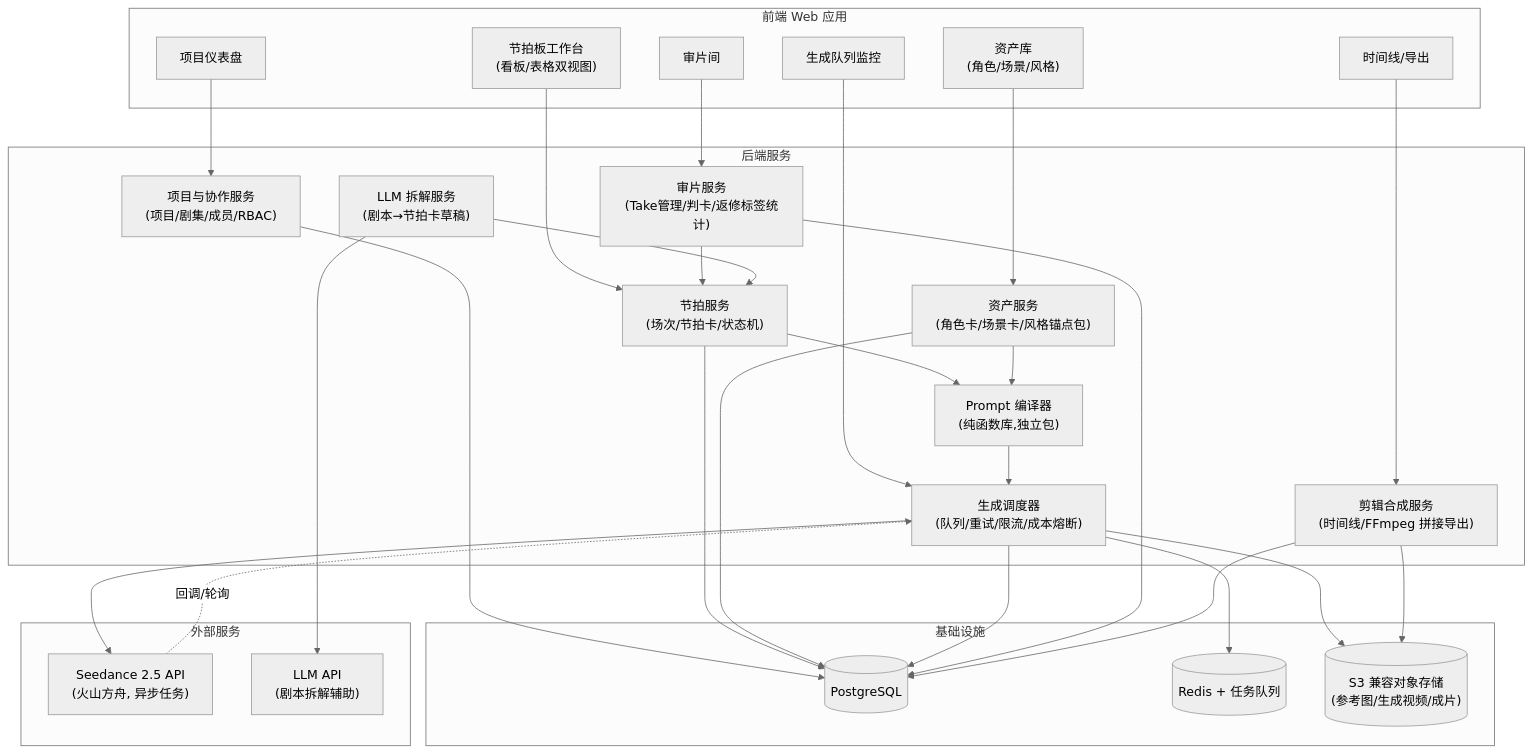
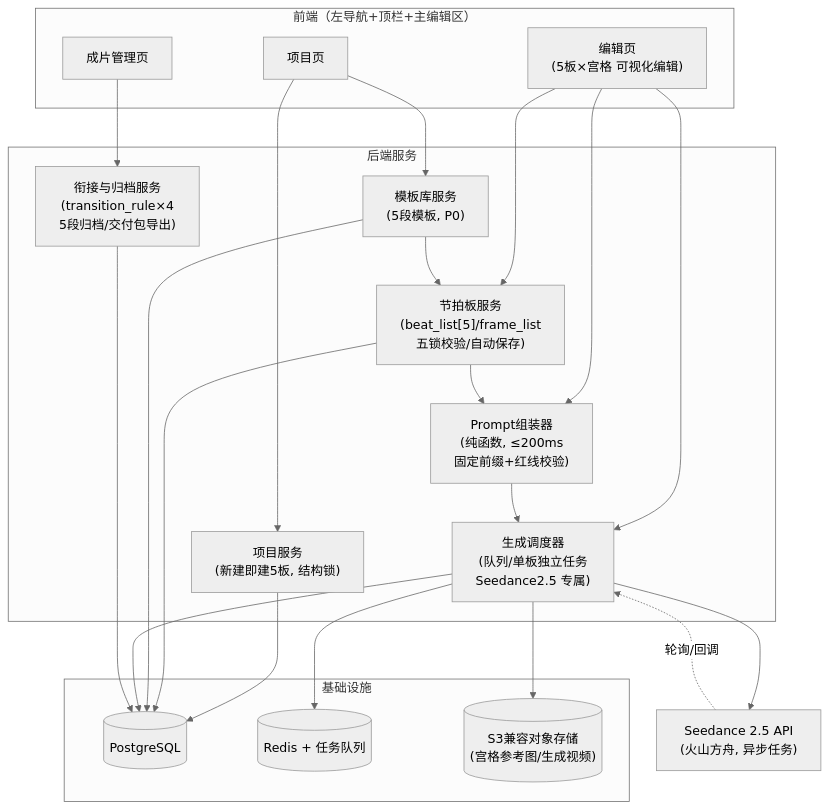
Before and after one commit to Dawan2/jiepaiban: the first of 2 diagrams in docs/architecture/00-product-architecture.md, drawn with Mermaid (neutral theme). The commit also changed other lines of this file, not shown here.

Commit message:
docs(architecture): 按源稿红线修订架构文档 v1（固定5板/宫格/五锁/组间人工衔接）

````diff
--- a/docs/architecture/00-product-architecture.md
+++ b/docs/architecture/00-product-architecture.md
@@ -133,52 +126,40 @@
 ```mermaid
 flowchart TB
-    subgraph Client["前端 Web 应用"]
-        UI1["项目仪表盘"]
-        UI2["节拍板工作台<br/>(看板/表格双视图)"]
-        UI3["资产库<br/>(角色/场景/风格)"]
-        UI4["生成队列监控"]
-        UI5["审片间"]
-        UI6["时间线/导出"]
+    subgraph Client["前端（左导航+顶栏+主编辑区）"]
+        UI1["项目页"]
+        UI2["编辑页<br/>(5板×宫格 可视化编辑)"]
+        UI3["成片管理页"]
     end
 
     subgraph Server["后端服务"]
-        S1["项目与协作服务<br/>(项目/剧集/成员/RBAC)"]
-        S2["节拍服务<br/>(场次/节拍卡/状态机)"]
-        S3["资产服务<br/>(角色卡/场景卡/风格锚点包)"]
-        S4["Prompt 编译器<br/>(纯函数库,独立包)"]
-        S5["生成调度器<br/>(队列/重试/限流/成本熔断)"]
-        S6["审片服务<br/>(Take管理/判卡/返修标签统计)"]
-        S7["剪辑合成服务<br/>(时间线/FFmpeg 拼接导出)"]
-        S8["LLM 拆解服务<br/>(剧本→节拍卡草稿)"]
+        S1["项目服务<br/>(新建即建5板, 结构锁)"]
+        S2["节拍板服务<br/>(beat_list[5]/frame_list<br/>五锁校验/自动保存)"]
+        S3["模板库服务<br/>(5段模板, P0)"]
+        S4["Prompt组装器<br/>(纯函数, ≤200ms<br/>固定前缀+红线校验)"]
+        S5["生成调度器<br/>(队列/单板独立任务<br/>Seedance2.5 专属)"]
+        S6["衔接与归档服务<br/>(transition_rule×4<br/>5段归档/交付包导出)"]
     end
 
     subgraph Infra["基础设施"]
         DB[("PostgreSQL")]
         Q[("Redis + 任务队列")]
-        OSS[("S3 兼容对象存储<br/>(参考图/生成视频/成片)")]
+        OSS[("S3兼容对象存储<br/>(宫格参考图/生成视频)")]
     end
 
-    subgraph External["外部服务"]
-        SD["Seedance 2.5 API<br/>(火山方舟, 异步任务)"]
-        LLM["LLM API<br/>(剧本拆解辅助)"]
-    end
+    SD["Seedance 2.5 API<br/>(火山方舟, 异步任务)"]
 
+    UI1 --> S1
+    UI1 --> S3
     UI2 --> S2
-    UI3 --> S3
-    UI4 --> S5
-    UI5 --> S6
-    UI6 --> S7
-    UI1 --> S1
+    UI2 --> S4
+    UI2 --> S5
+    UI3 --> S6
+    S3 --> S2
     S2 --> S4
-    S3 --> S4
     S4 --> S5
     S5 --> Q
     S5 --> SD
-    SD -.回调/轮询.-> S5
+    SD -.轮询/回调.-> S5
     S5 --> OSS
-    S6 --> S2
-    S7 --> OSS
-    S8 --> LLM
-    S8 --> S2
-    S1 & S2 & S3 & S5 & S6 & S7 --> DB
+    S1 & S2 & S3 & S5 & S6 --> DB
 ```
````
